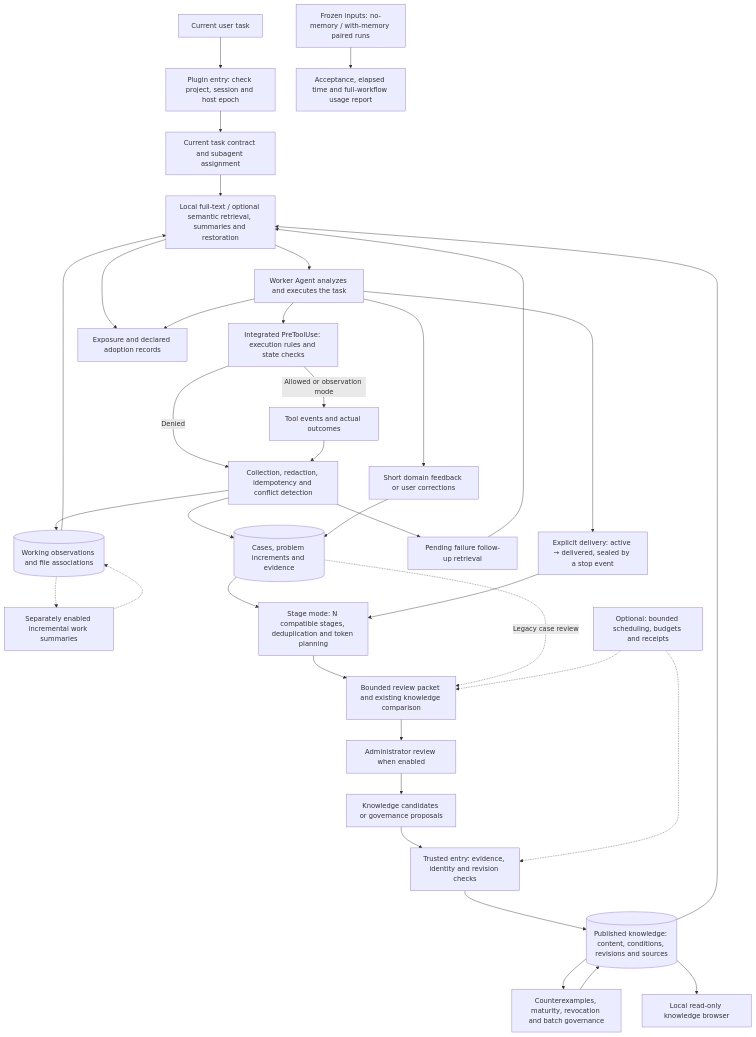
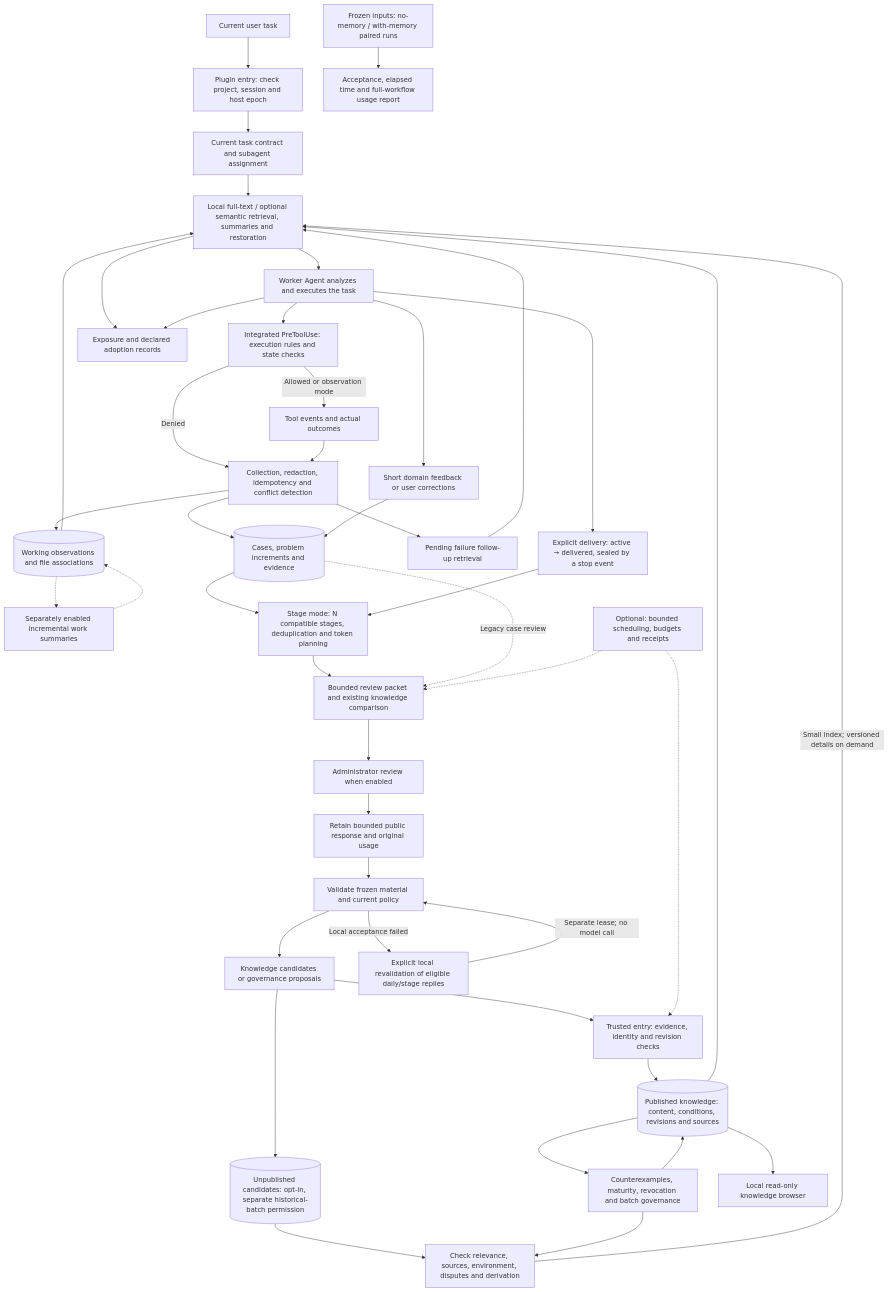
One commit to swenbo1-web/agents-learning changed the first of 2 diagrams in README.en.md. Above: the diagram before and after it, drawn with Mermaid. The commit also changed other lines of this file and 57 other files, not shown here.

````diff
--- a/README.en.md
+++ b/README.en.md
@@ -458,38 +467,46 @@
 ```mermaid
 flowchart TD
     User["Current user task"] --> Entry["Plugin entry: check project, session and host epoch"]
     Entry --> Task["Current task contract and subagent assignment"]
     Task --> Retrieve["Local full-text / optional semantic retrieval, summaries and restoration"]
     Knowledge[("Published knowledge: content, conditions, revisions and sources")] --> Retrieve
+    Pending[("Unpublished candidates: opt-in, separate historical-batch permission")] --> CheckRef["Check relevance, sources, environment, disputes and derivation"]
+    CheckRef -->|"Small index; versioned details on demand"| Retrieve
     Retrieve --> Worker["Worker Agent analyzes and executes the task"]
     Worker --> Guard["Integrated PreToolUse: execution rules and state checks"]
     Guard -->|"Allowed or observation mode"| Result["Tool events and actual outcomes"]
     Guard -->|"Denied"| Capture
     Result --> Capture["Collection, redaction, idempotency and conflict detection"]
     Capture --> Cases[("Cases, problem increments and evidence")]
     Capture --> Work[("Working observations and file associations")]
     Work --> Retrieve
     Work -.-> Summary["Separately enabled incremental work summaries"]
     Summary -.-> Work
     Worker --> Feedback["Short domain feedback or user corrections"]
     Feedback --> Cases
     Capture --> Fault["Pending failure follow-up retrieval"]
     Fault --> Retrieve
     Worker --> Delivery["Explicit delivery: active → delivered, sealed by a stop event"]
     Cases --> Stage["Stage mode: N compatible stages, deduplication and token planning"]
     Delivery --> Stage
     Stage --> Packet["Bounded review packet and existing knowledge comparison"]
     Cases -.->|"Legacy case review"| Packet
     Packet --> Admin["Administrator review when enabled"]
-    Admin --> Candidate["Knowledge candidates or governance proposals"]
+    Admin --> Saved["Retain bounded public response and original usage"]
+    Saved --> Accept["Validate frozen material and current policy"]
+    Accept --> Candidate["Knowledge candidates or governance proposals"]
+    Candidate --> Pending
+    Accept -->|"Local acceptance failed"| Recheck["Explicit local revalidation of eligible daily/stage replies"]
+    Recheck -->|"Separate lease; no model call"| Accept
     Candidate --> Publish["Trusted entry: evidence, identity and revision checks"]
     Publish --> Knowledge
     Knowledge --> Governance["Counterexamples, maturity, revocation and batch governance"]
     Governance --> Knowledge
+    Governance --> CheckRef
     Schedule["Optional: bounded scheduling, budgets and receipts"] -.-> Packet
     Schedule -.-> Publish
     Retrieve --> Exposure["Exposure and declared adoption records"]
     Worker --> Exposure
     Knowledge --> Browser["Local read-only knowledge browser"]
     Evaluation["Frozen inputs: no-memory / with-memory paired runs"] --> Report["Acceptance, elapsed time and full-workflow usage report"]
 ```
````
